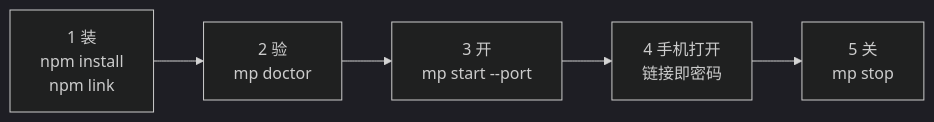
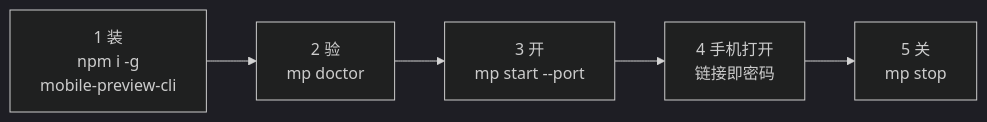
Before and after one commit to 2440893398/mobile-preview: the diagram in docs/guide/quickstart.md, drawn with Mermaid (dark theme). The commit also changed other lines of this file and 17 other files, not shown here.

First line of the commit message:
feat(dist): 发 npm 包 mobile-preview-cli，装法从 clone 五步变成一行

````diff
--- a/docs/guide/quickstart.md
+++ b/docs/guide/quickstart.md
@@ -24,4 +24,4 @@
 ```mermaid
 flowchart LR
-  A["1 装<br/>npm install<br/>npm link"] --> B["2 验<br/>mp doctor"] --> C["3 开<br/>mp start --port"] --> D["4 手机打开<br/>链接即密码"] --> E["5 关<br/>mp stop"]
+  A["1 装<br/>npm i -g<br/>mobile-preview-cli"] --> B["2 验<br/>mp doctor"] --> C["3 开<br/>mp start --port"] --> D["4 手机打开<br/>链接即密码"] --> E["5 关<br/>mp stop"]
 ```
````
